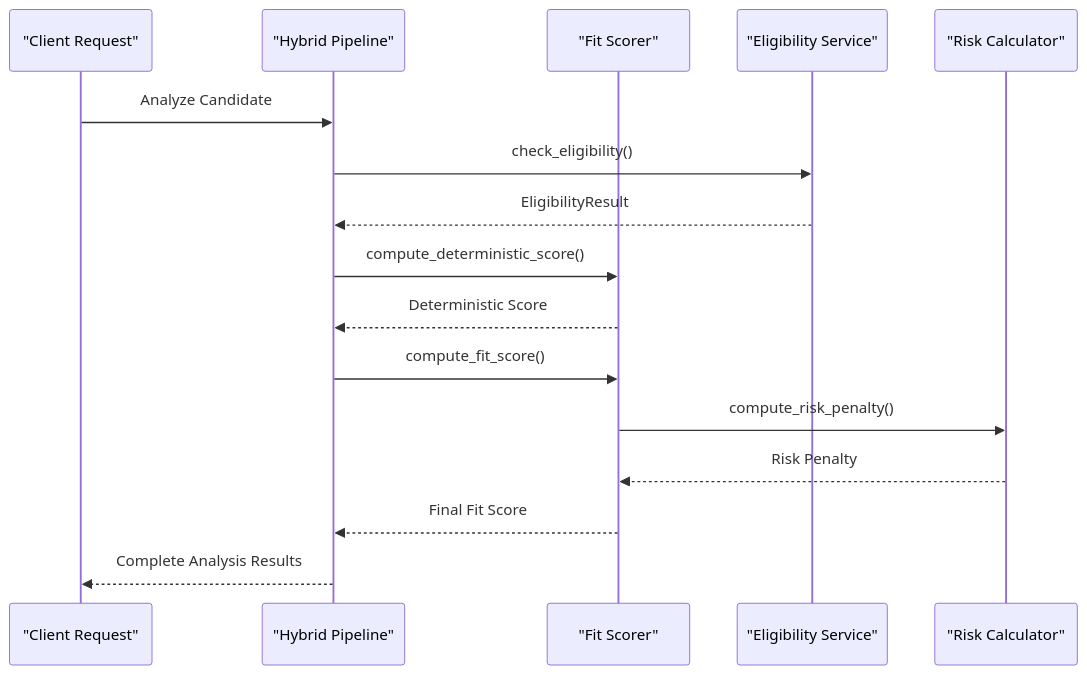
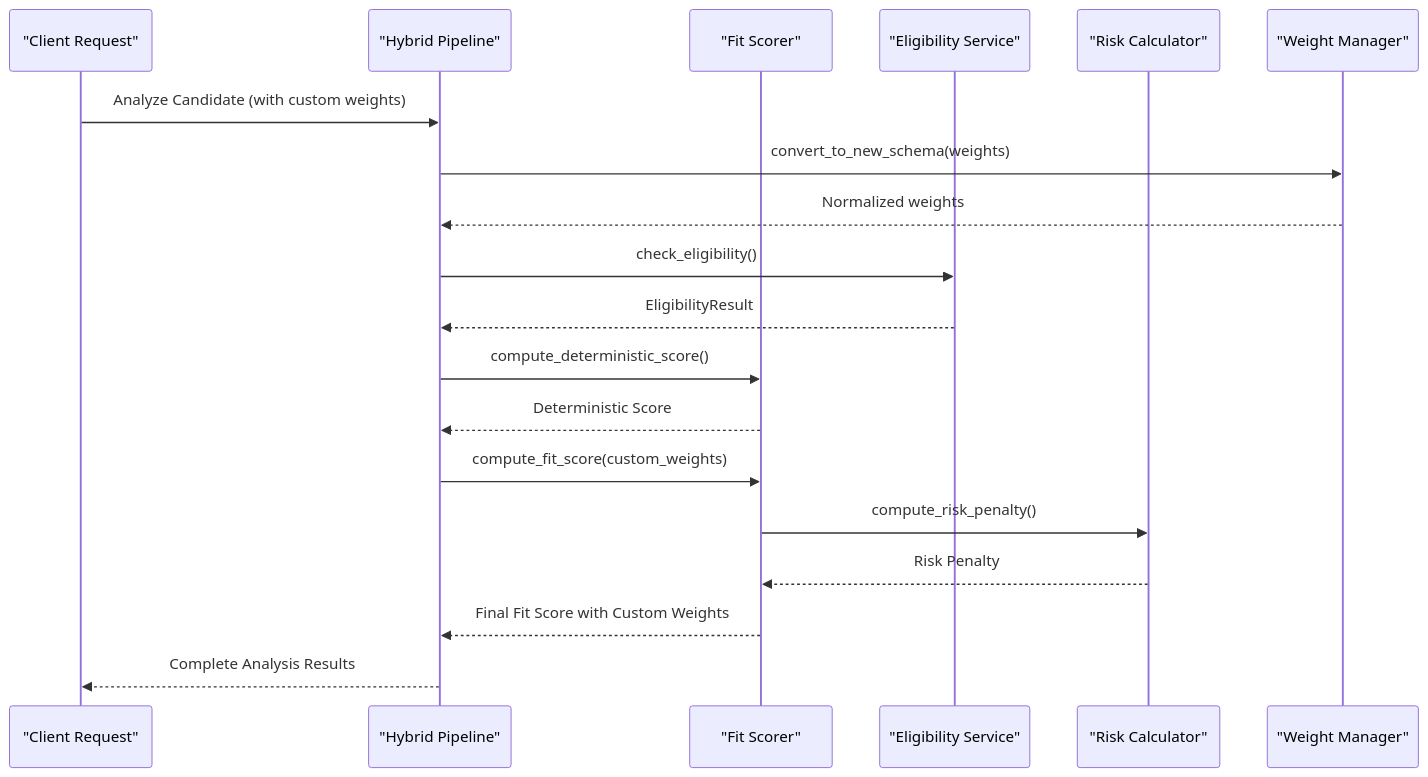
Before and after one commit to Revanththetalogics/aireume: the eighth of 8 diagrams in .qoder/repowiki/en/content/Analysis Engine/Fit Scoring System.md, drawn with Mermaid. The commit also changed other lines of this file and 11 other files, not shown here.

````diff
--- a/.qoder/repowiki/en/content/Analysis Engine/Fit Scoring System.md
+++ b/.qoder/repowiki/en/content/Analysis Engine/Fit Scoring System.md
@@ -341,18 +364,21 @@
 ```mermaid
 sequenceDiagram
 participant Client as "Client Request"
 participant Pipeline as "Hybrid Pipeline"
 participant Scorer as "Fit Scorer"
 participant Eligibility as "Eligibility Service"
 participant Risk as "Risk Calculator"
-Client->>Pipeline : Analyze Candidate
+participant WeightManager as "Weight Manager"
+Client->>Pipeline : Analyze Candidate (with custom weights)
+Pipeline->>WeightManager : convert_to_new_schema(weights)
+WeightManager-->>Pipeline : Normalized weights
 Pipeline->>Eligibility : check_eligibility()
 Eligibility-->>Pipeline : EligibilityResult
 Pipeline->>Scorer : compute_deterministic_score()
 Scorer-->>Pipeline : Deterministic Score
-Pipeline->>Scorer : compute_fit_score()
+Pipeline->>Scorer : compute_fit_score(custom_weights)
 Scorer->>Risk : compute_risk_penalty()
 Risk-->>Scorer : Risk Penalty
-Scorer-->>Pipeline : Final Fit Score
+Scorer-->>Pipeline : Final Fit Score with Custom Weights
 Pipeline-->>Client : Complete Analysis Results
 ```
````
